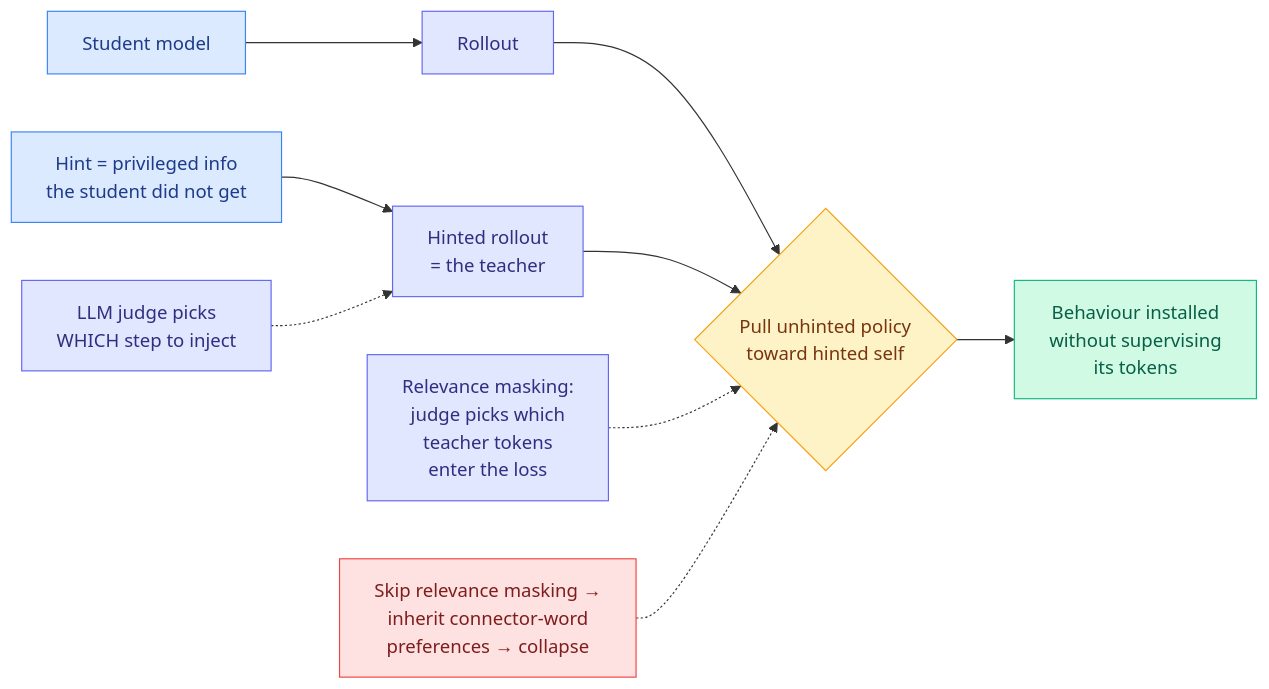
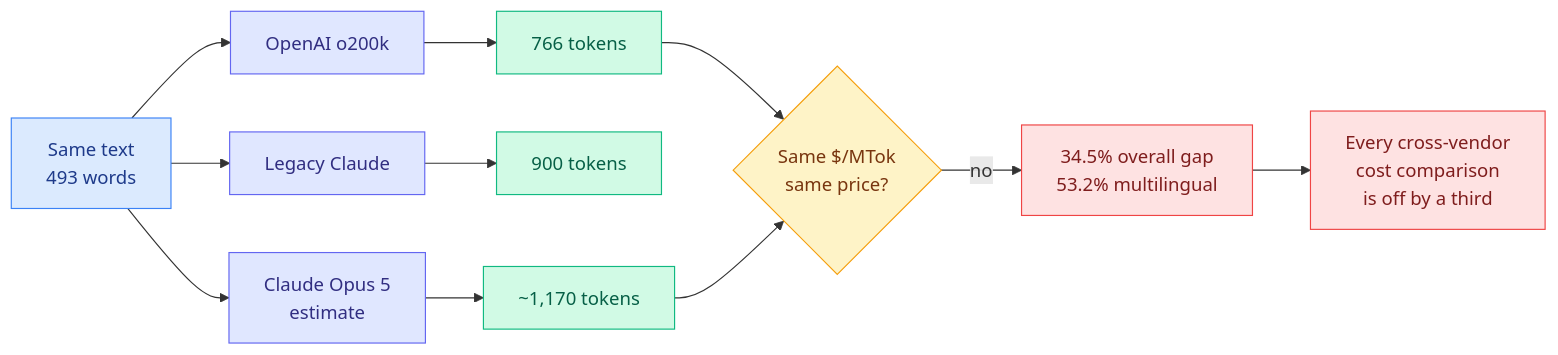
Before and after one commit to bayesiansapien/cere-bro: the diagram in wiki/media-zone/2026-08/2026-08-16.md, drawn with Mermaid. The commit also changed other lines of this file, not shown here.

````diff
--- a/wiki/media-zone/2026-08/2026-08-16.md
+++ b/wiki/media-zone/2026-08/2026-08-16.md
@@ -23,21 +24,23 @@
 ```mermaid
 flowchart LR
-  S[Student model] --> R[Rollout]
-  H[Hint = privileged info<br/>the student did not get] --> TR[Hinted rollout<br/>= the teacher]
-  R --> PULL{Pull unhinted policy<br/>toward hinted self}
-  TR --> PULL
-  J[LLM judge picks<br/>WHICH step to inject] -.-> TR
-  RM[Relevance masking:<br/>judge picks which<br/>teacher tokens<br/>enter the loss] -.-> PULL
-  PULL --> OUT[Behaviour installed<br/>without supervising<br/>its tokens]
-  BAD[Skip relevance masking →<br/>inherit connector-word<br/>preferences → collapse] -.-> PULL
+  W[Same text<br/>493 words] --> T1[OpenAI o200k]
+  W --> T2[Legacy Claude]
+  W --> T3[Claude Opus 5<br/>estimate]
+  T1 --> N1[766 tokens]
+  T2 --> N2[900 tokens]
+  T3 --> N3[~1,170 tokens]
+  N1 --> C{Same $/MTok<br/>same price?}
+  N3 --> C
+  C -->|no| GAP[34.5% overall gap<br/>53.2% multilingual]
+  GAP --> R[Every cross-vendor<br/>cost comparison<br/>is off by a third]
   classDef input fill:#dbeafe,stroke:#3b82f6,color:#1e3a8a
   classDef decision fill:#fef3c7,stroke:#f59e0b,color:#78350f
   classDef output fill:#d1fae5,stroke:#10b981,color:#065f46
   classDef warn fill:#fee2e2,stroke:#ef4444,color:#7f1d1d
   classDef aux fill:#e0e7ff,stroke:#6366f1,color:#312e81
-  class S,H input
-  class PULL decision
-  class OUT output
-  class BAD warn
-  class R,TR,J,RM aux
+  class W input
+  class T1,T2,T3 aux
+  class C decision
+  class N1,N2,N3 output
+  class GAP,R warn
 ```
````
